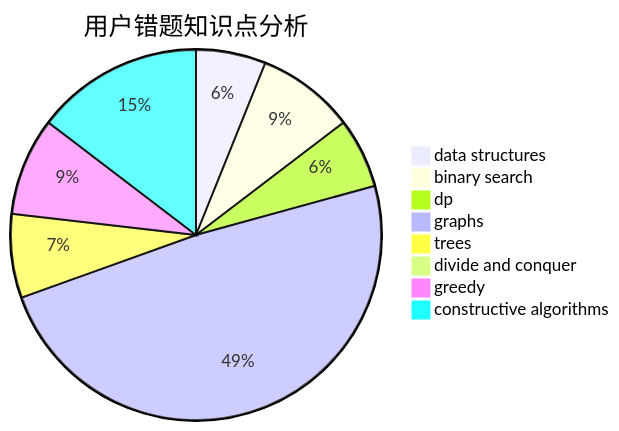
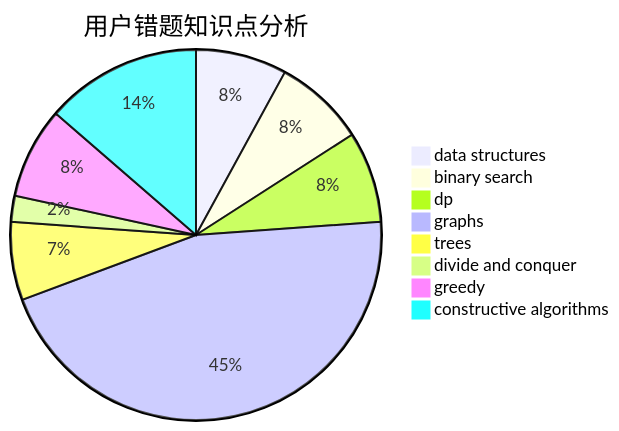
The third of 3 diagrams in docs/user/u1020.md (sherpahu/cfrs.github.io), drawn with Mermaid before and after one commit. The commit also changed other lines of this file and 2770 other files, not shown here.

````diff
--- a/docs/user/u1020.md
+++ b/docs/user/u1020.md
@@ -36,11 +36,11 @@
 ```mermaid
 pie title 用户错题知识点分析
-    "data structures" :  5
+    "data structures" :  7
     "binary search" :  7
-    "dp" :  5
+    "dp" :  7
     "graphs" :  40
     "trees" :  6
-    "divide and conquer" :  0
+    "divide and conquer" :  2
     "greedy" :  7
     "constructive algorithms" :  12
 ```
````
